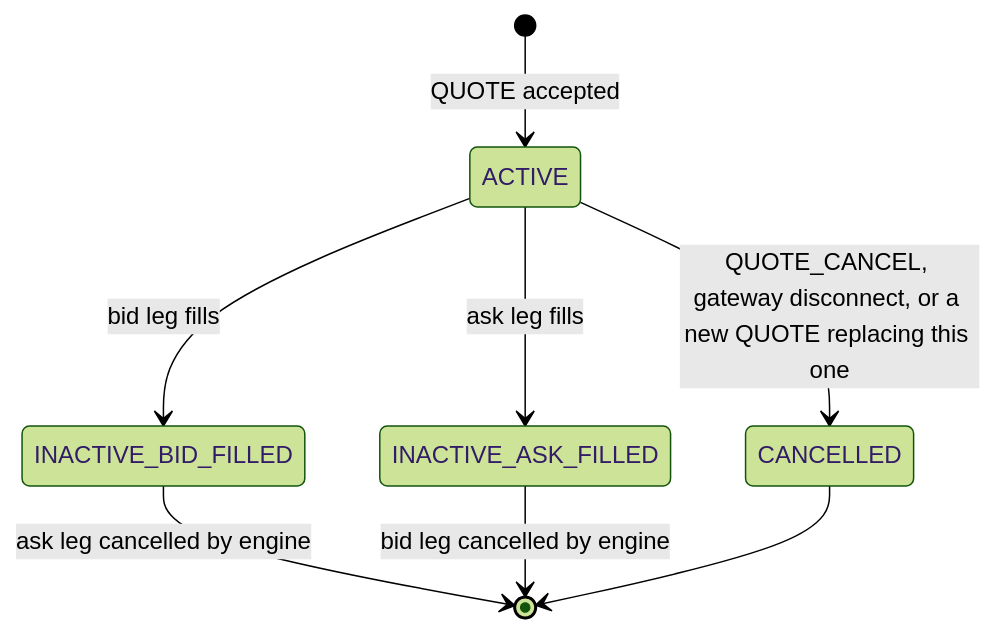
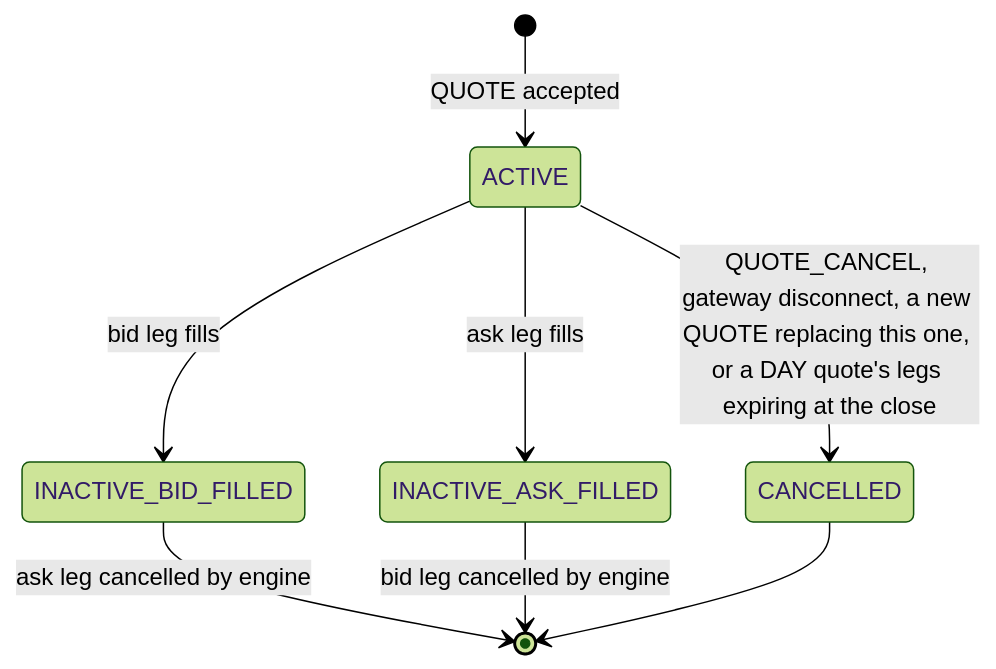
One commit to johan162/EduMatcher changed the first of 7 diagrams in docs/books/participant-guide/part-3-market-making/020-market-making.md. Above: the diagram before and after it, drawn with Mermaid (forest theme). The commit also changed other lines of this file and 7 other files, not shown here.

Commit message:
feat(forensics): C14 — orders expire as their time in force ends; fix(engine): a DAY quote ends with quote.status CANCELLED when its legs expire at the close

````diff
--- a/docs/books/participant-guide/part-3-market-making/020-market-making.md
+++ b/docs/books/participant-guide/part-3-market-making/020-market-making.md
@@ -106,10 +106,10 @@
 ```mermaid
 stateDiagram-v2
     [*] --> ACTIVE : QUOTE accepted
     ACTIVE --> INACTIVE_BID_FILLED : bid leg fills
     ACTIVE --> INACTIVE_ASK_FILLED : ask leg fills
-    ACTIVE --> CANCELLED : QUOTE_CANCEL, gateway disconnect, or a new QUOTE replacing this one
+    ACTIVE --> CANCELLED : QUOTE_CANCEL, gateway disconnect, a new QUOTE replacing this one, or a DAY quote's legs expiring at the close
     INACTIVE_BID_FILLED --> [*] : ask leg cancelled by engine
     INACTIVE_ASK_FILLED --> [*] : bid leg cancelled by engine
     CANCELLED --> [*]
 ```
````
